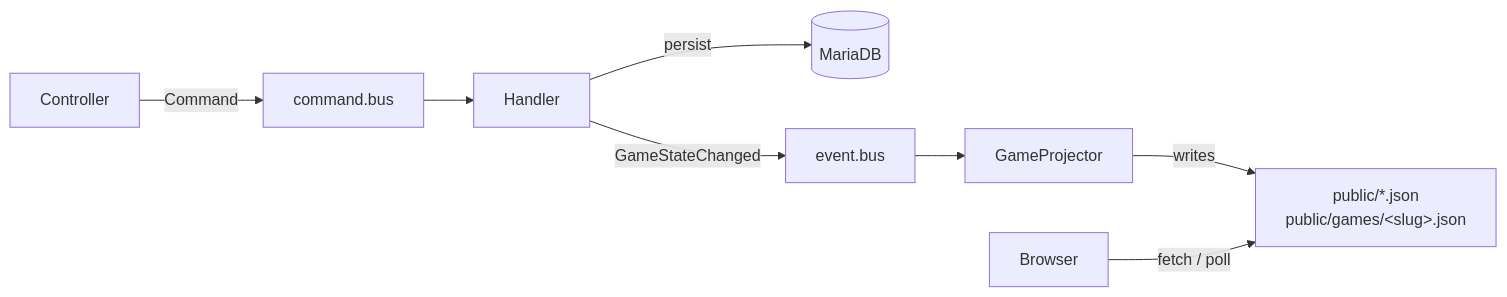
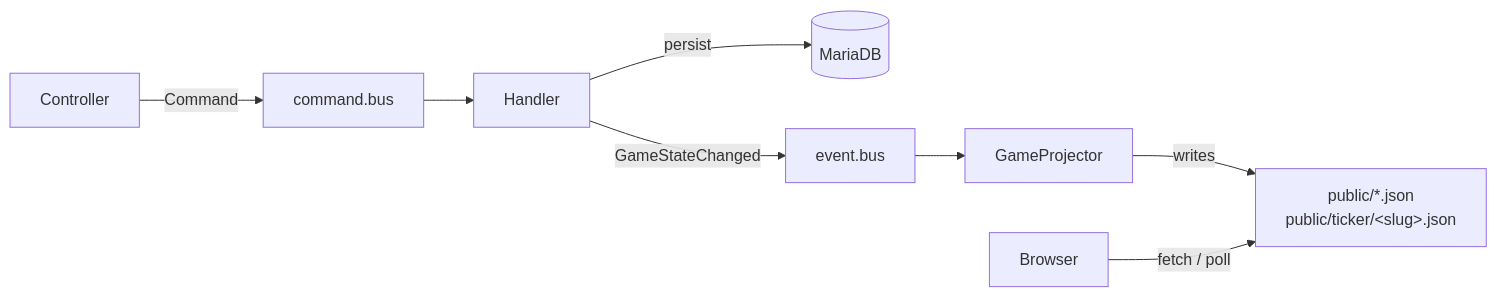
One commit to muex/tickerly-messenger changed the diagram in README.md. Above: the diagram before and after it, drawn with Mermaid. The commit also changed other lines of this file and 8 other files, not shown here.

````diff
--- a/README.md
+++ b/README.md
@@ -33,10 +33,10 @@
 ```mermaid
 flowchart LR
     C[Controller] -->|Command| CB[command.bus]
     CB --> H[Handler]
     H -->|persist| DB[(MariaDB)]
     H -->|GameStateChanged| EB[event.bus]
     EB --> P[GameProjector]
-    P -->|writes| J["public/*.json<br>public/games/&lt;slug&gt;.json"]
+    P -->|writes| J["public/*.json<br>public/ticker/&lt;slug&gt;.json"]
     B[Browser] -->|fetch / poll| J
 ```
````
